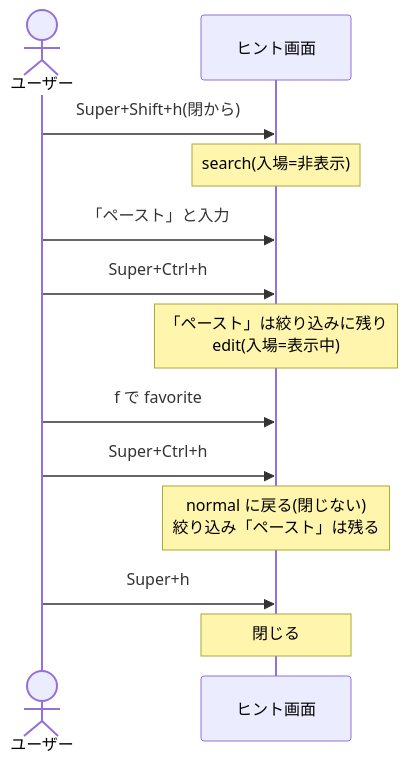
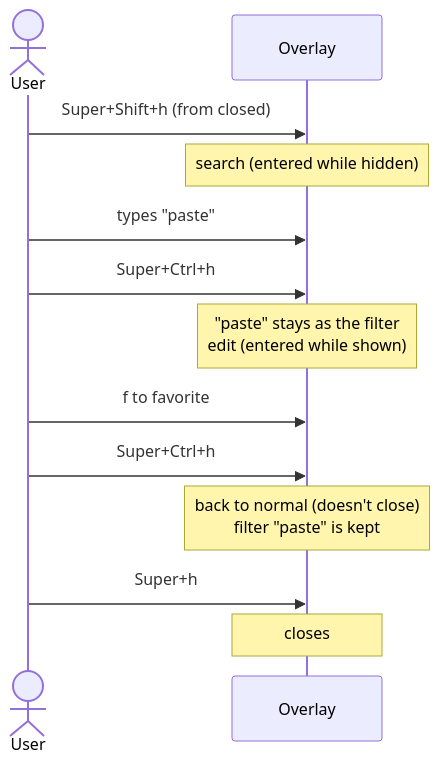
Before and after one commit to yasuoeto/wayhint: the third of 3 diagrams in docs/HOTKEYS.md, drawn with Mermaid. The commit also changed other lines of this file and 23 other files, not shown here.

````diff
--- a/docs/HOTKEYS.md
+++ b/docs/HOTKEYS.md
@@ -150,15 +157,15 @@
 ```mermaid
 sequenceDiagram
-    actor U as ユーザー
-    participant O as ヒント画面
-    U->>O: Super+Shift+h(閉から)
-    Note over O: search(入場=非表示)
-    U->>O: 「ペースト」と入力
+    actor U as User
+    participant O as Overlay
+    U->>O: Super+Shift+h (from closed)
+    Note over O: search (entered while hidden)
+    U->>O: types "paste"
     U->>O: Super+Ctrl+h
-    Note over O: 「ペースト」は絞り込みに残り<br/>edit(入場=表示中)
-    U->>O: f で favorite
+    Note over O: "paste" stays as the filter<br/>edit (entered while shown)
+    U->>O: f to favorite
     U->>O: Super+Ctrl+h
-    Note over O: normal に戻る(閉じない)<br/>絞り込み「ペースト」は残る
+    Note over O: back to normal (doesn't close)<br/>filter "paste" is kept
     U->>O: Super+h
-    Note over O: 閉じる
+    Note over O: closes
 ```
````
